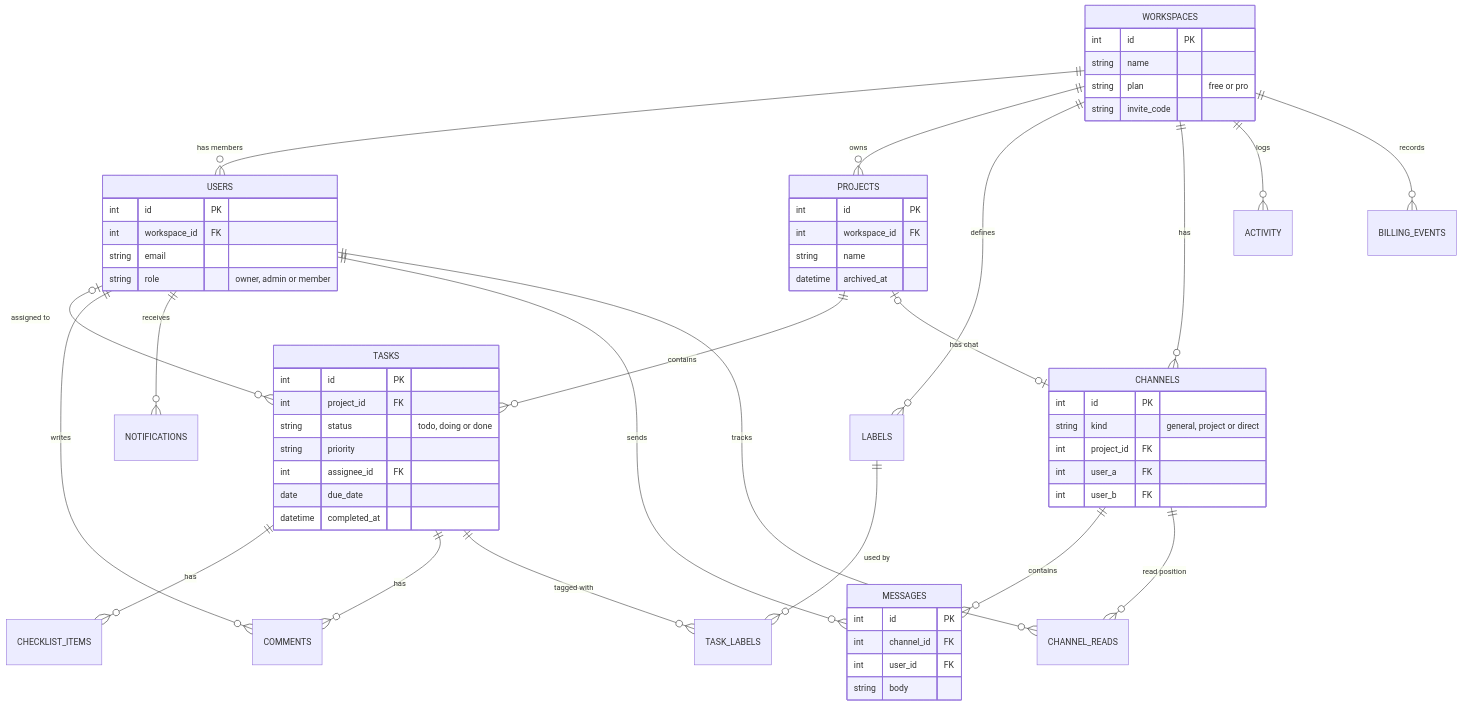
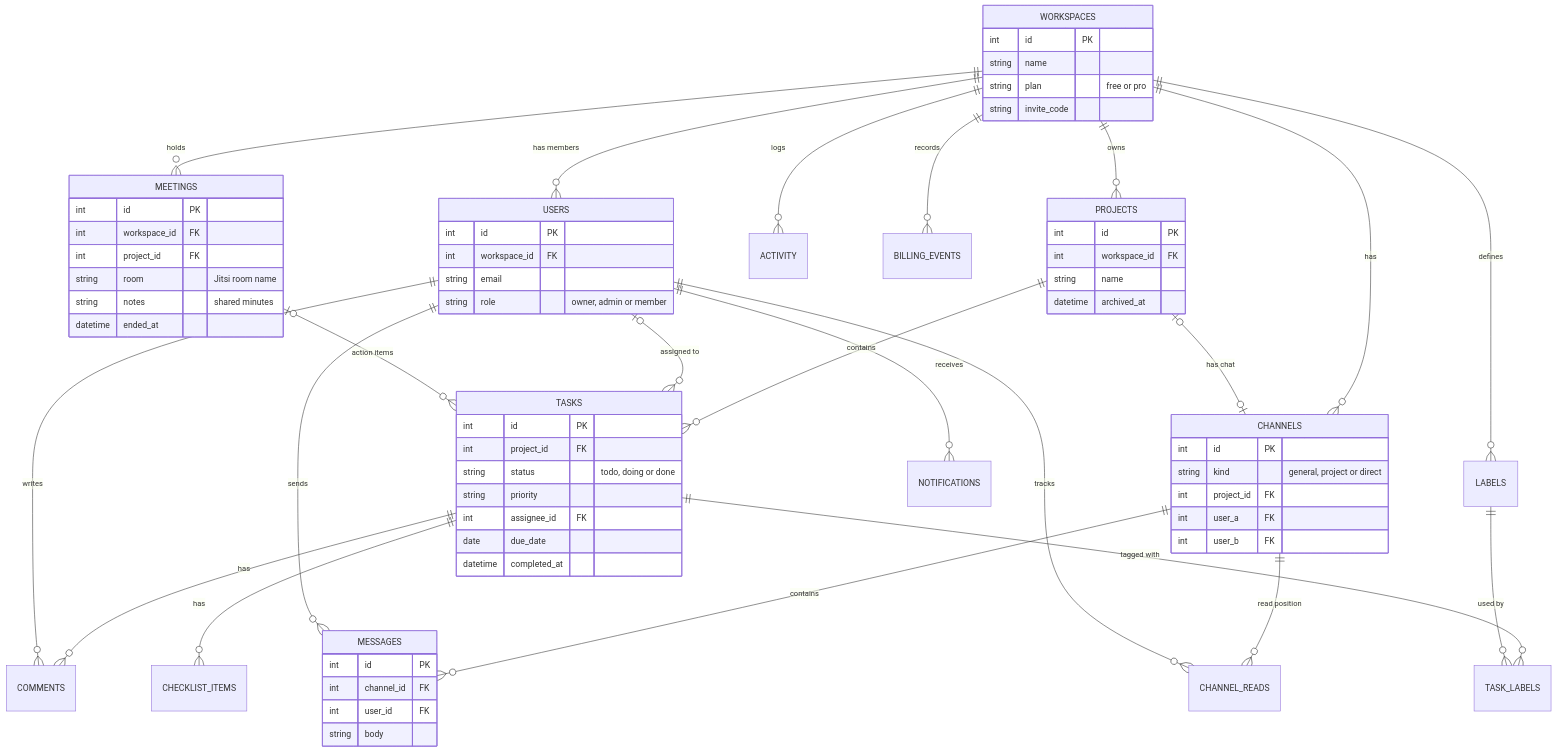
Before and after one commit to muazramzii/tugashub: the sixth of 6 diagrams in README.md, drawn with Mermaid. The commit also changed other lines of this file and 16 other files, not shown here.

First line of the commit message:
Add video meetings with shared minutes and action items

````diff
--- a/README.md
+++ b/README.md
@@ -188,63 +190,73 @@
 ```mermaid
 erDiagram
   WORKSPACES ||--o{ USERS : "has members"
   WORKSPACES ||--o{ PROJECTS : owns
   WORKSPACES ||--o{ LABELS : defines
   WORKSPACES ||--o{ CHANNELS : has
   WORKSPACES ||--o{ ACTIVITY : logs
   WORKSPACES ||--o{ BILLING_EVENTS : records
   PROJECTS ||--o{ TASKS : contains
   PROJECTS |o--o| CHANNELS : "has chat"
   USERS |o--o{ TASKS : "assigned to"
   TASKS ||--o{ CHECKLIST_ITEMS : has
   TASKS ||--o{ COMMENTS : has
   TASKS ||--o{ TASK_LABELS : "tagged with"
   LABELS ||--o{ TASK_LABELS : "used by"
   USERS ||--o{ COMMENTS : writes
   USERS ||--o{ NOTIFICATIONS : receives
   CHANNELS ||--o{ MESSAGES : contains
   USERS ||--o{ MESSAGES : sends
   CHANNELS ||--o{ CHANNEL_READS : "read position"
+  WORKSPACES ||--o{ MEETINGS : holds
+  MEETINGS |o--o{ TASKS : "action items"
   USERS ||--o{ CHANNEL_READS : tracks
 
   WORKSPACES {
     int id PK
     string name
     string plan "free or pro"
     string invite_code
   }
   USERS {
     int id PK
     int workspace_id FK
     string email
     string role "owner, admin or member"
   }
   PROJECTS {
     int id PK
     int workspace_id FK
     string name
     datetime archived_at
   }
   TASKS {
     int id PK
     int project_id FK
     string status "todo, doing or done"
     string priority
     int assignee_id FK
     date due_date
     datetime completed_at
   }
   CHANNELS {
     int id PK
     string kind "general, project or direct"
     int project_id FK
     int user_a FK
     int user_b FK
   }
   MESSAGES {
     int id PK
     int channel_id FK
     int user_id FK
     string body
   }
+  MEETINGS {
+    int id PK
+    int workspace_id FK
+    int project_id FK
+    string room "Jitsi room name"
+    string notes "shared minutes"
+    datetime ended_at
+  }
 ```
````
